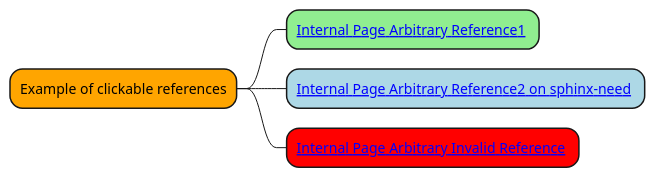
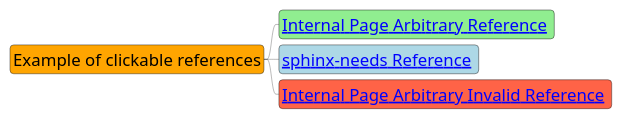
The diagram in doc/source/test/textx/testz/test-plantuml3.rst (mi-parkes/sphinx-diagram-connect), drawn with PlantUML before and after one commit. The commit also changed 2 other files, not shown here.

Commit message:
docs: diagrams refinement

```diff
--- a/doc/source/test/textx/testz/test-plantuml3.rst
+++ b/doc/source/test/textx/testz/test-plantuml3.rst
@@ -16,12 +16,14 @@
 .. uml::
     :caption: PlantUML Caption with **bold** and *italic*
     :name: PlantUML Label2
 
     @startmindmap mindmap2
+    scale 0.3
+    skinparam defaultFontSize 56
 
     *[#Orange] Example of clickable references
-    **[#lightgreen] [[ ":ref:`plantuml label1`" Internal Page Arbitrary Reference1 ]]
-    **[#lightblue] [[ ":ref:`N_00001`" Internal Page Arbitrary Reference2 on sphinx-need ]]
-    **[#red] [[ ":ref:`N_00003`" Internal Page Arbitrary Invalid Reference ]]
+    **[#lightgreen] [[ ":ref:`plantuml label1`" Internal Page Arbitrary Reference ]]
+    **[#lightblue] [[ ":ref:`N_00001`" sphinx-needs Reference ]]
+    **[#Tomato] [[ ":ref:`N_00003`" Internal Page Arbitrary Invalid Reference ]]
 
     @endmindmap
```
